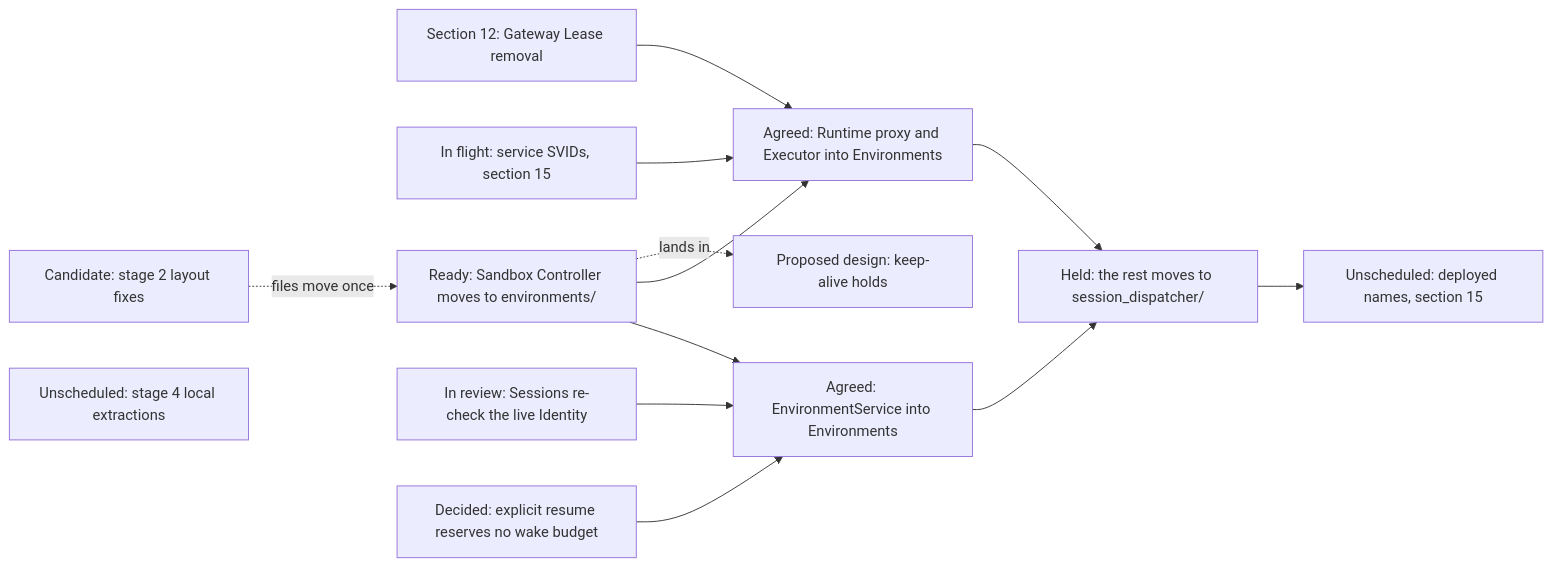
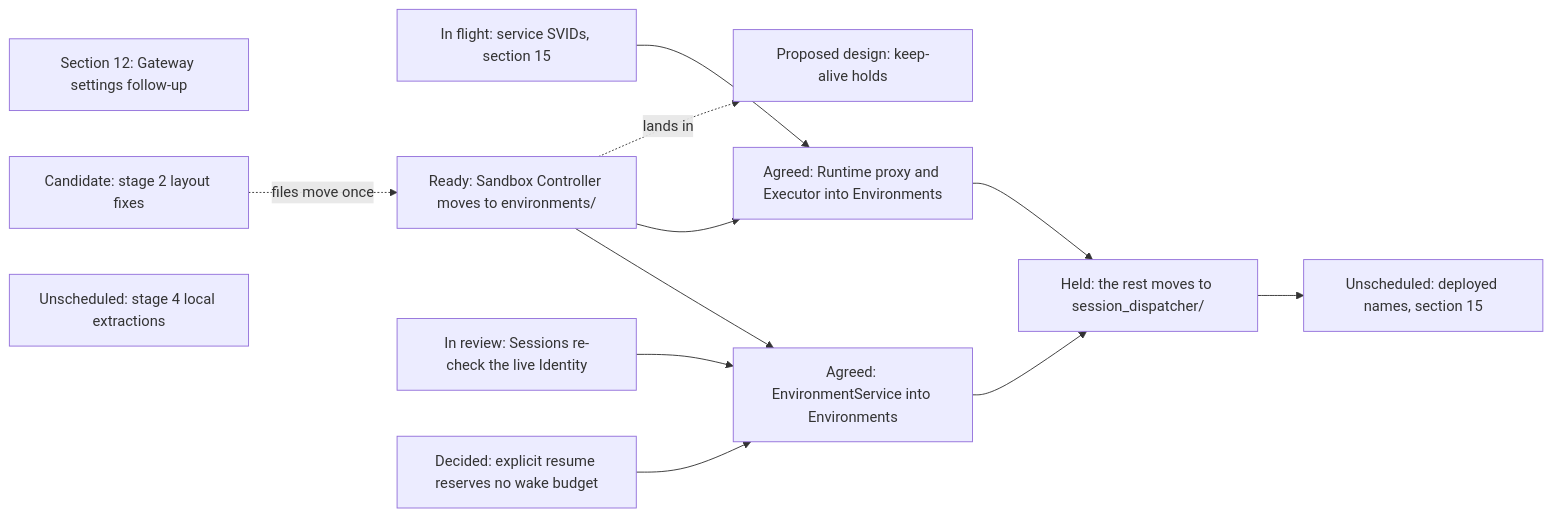
One commit to agentydragon/ducktape changed diagram 21 of 21 in agentplane/plans/task_dag.md. Above: the diagram before and after it, drawn with Mermaid. The commit also changed other lines of this file and 46 other files, not shown here.

Commit message:
Remove obsolete Runtime epochs and Gateway route permissions

````diff
--- a/agentplane/plans/task_dag.md
+++ b/agentplane/plans/task_dag.md
@@ -3984,26 +3964,25 @@
 ```mermaid
 flowchart LR
-    RUNNER_CONNECTION_LEASE_CLEANUP[Section 12: Gateway Lease removal]
+    RUNNER_GATEWAY_SETTINGS_CLEANUP[Section 12: Gateway settings follow-up]
     PRIVILEGED_BACKEND_AUTH_DESIGN[In flight: service SVIDs, section 15]
     GO_LAYOUT_FIXES[Candidate: stage 2 layout fixes]
     ENVIRONMENTS_DIRECTORY[Ready: Sandbox Controller moves to environments/]
     SANDBOX_IDENTITY_RECHECK[In review: Sessions re-check the live Identity]
     EXPLICIT_RESUME_BUDGET_REMOVAL[Decided: explicit resume reserves no wake budget]
     ENVIRONMENT_SERVICE_TO_ENVIRONMENTS[Agreed: EnvironmentService into Environments]
     RUNTIME_PROXY_TO_ENVIRONMENTS[Agreed: Runtime proxy and Executor into Environments]
     SESSIONS_BINARY_DIRECTORY[Held: the rest moves to session_dispatcher/]
     ENVIRONMENT_KEEP_ALIVE_HOLDS[Proposed design: keep-alive holds]
     GO_LOCAL_EXTRACTIONS[Unscheduled: stage 4 local extractions]
     RUNNER_GATEWAY_RENAME[Unscheduled: deployed names, section 15]
     ENVIRONMENTS_DIRECTORY --> ENVIRONMENT_SERVICE_TO_ENVIRONMENTS
     SANDBOX_IDENTITY_RECHECK --> ENVIRONMENT_SERVICE_TO_ENVIRONMENTS
     EXPLICIT_RESUME_BUDGET_REMOVAL --> ENVIRONMENT_SERVICE_TO_ENVIRONMENTS
     ENVIRONMENTS_DIRECTORY --> RUNTIME_PROXY_TO_ENVIRONMENTS
-    RUNNER_CONNECTION_LEASE_CLEANUP --> RUNTIME_PROXY_TO_ENVIRONMENTS
     PRIVILEGED_BACKEND_AUTH_DESIGN --> RUNTIME_PROXY_TO_ENVIRONMENTS
     ENVIRONMENT_SERVICE_TO_ENVIRONMENTS --> SESSIONS_BINARY_DIRECTORY
     RUNTIME_PROXY_TO_ENVIRONMENTS --> SESSIONS_BINARY_DIRECTORY
     SESSIONS_BINARY_DIRECTORY --> RUNNER_GATEWAY_RENAME
     ENVIRONMENTS_DIRECTORY -. lands in .-> ENVIRONMENT_KEEP_ALIVE_HOLDS
     GO_LAYOUT_FIXES -. files move once .-> ENVIRONMENTS_DIRECTORY
 ```
````
